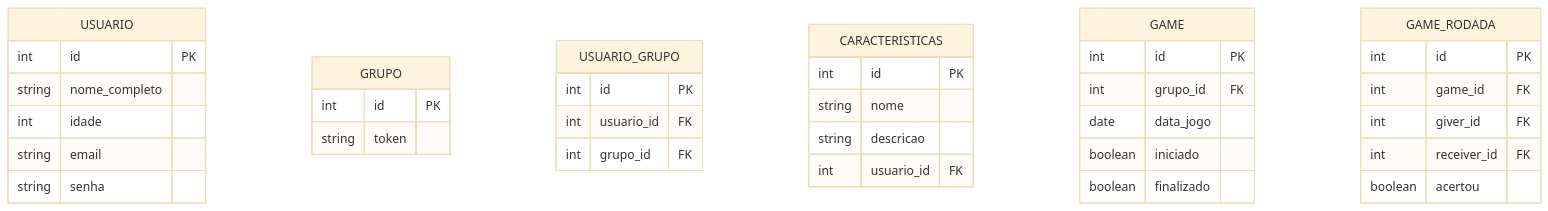
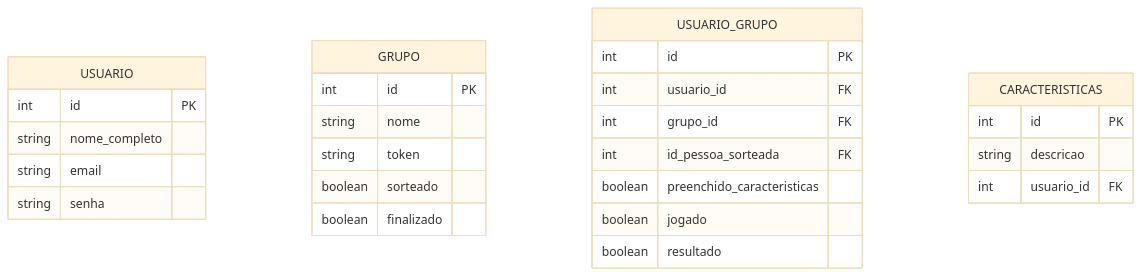
Before and after one commit to GabrielCamposManzole/secret-santa: the diagram in docs/sdd.md, drawn with Mermaid (base theme). The commit also changed other lines of this file and 3 other files, not shown here.

Commit message:
modificado diagrama ER

````diff
--- a/docs/sdd.md
+++ b/docs/sdd.md
@@ -33,45 +33,34 @@
 ```mermaid
 erDiagram
 
     USUARIO {
         int id PK
         string nome_completo
-        int idade
         string email
         string senha
     }
 
     GRUPO {
         int id PK
+        string nome
         string token
+        boolean sorteado
+        boolean finalizado
     }
 
     USUARIO_GRUPO {
         int id PK
         int usuario_id FK
         int grupo_id FK
+        int id_pessoa_sorteada FK
+        boolean preenchido_caracteristicas
+        boolean jogado
+        boolean resultado
     }
 
     CARACTERISTICAS {
         int id PK
-        string nome
         string descricao
         int usuario_id FK
     }
-
-    GAME {
-        int id PK
-        int grupo_id FK
-        date data_jogo
-        boolean iniciado
-        boolean finalizado
-    }
-
-    GAME_RODADA {
-        int id PK
-        int game_id FK
-        int giver_id FK
-        int receiver_id FK
-        boolean acertou
-    }
 ```
````
